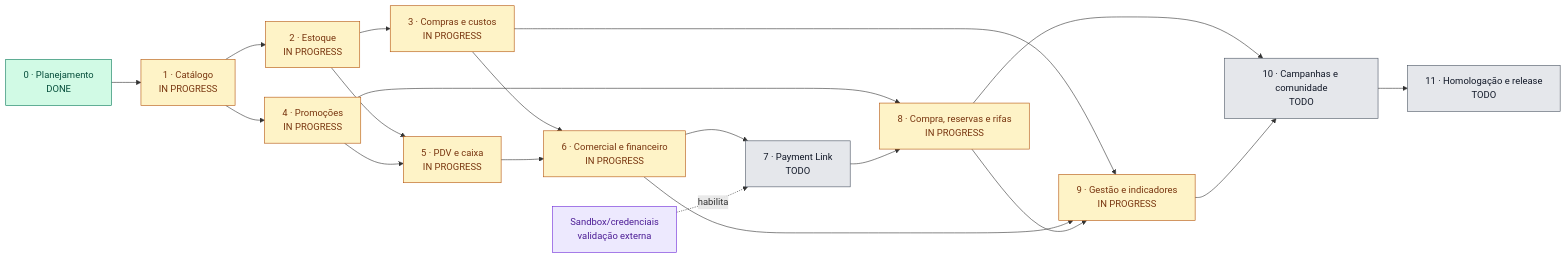
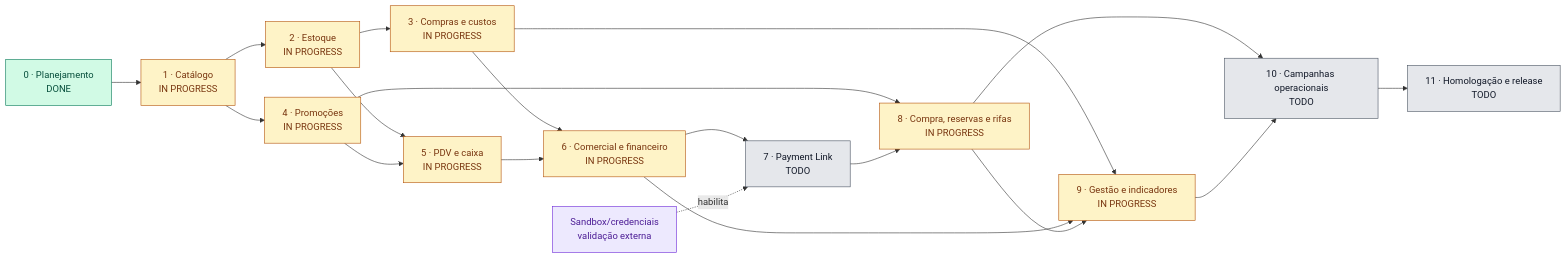
Before and after one commit to Germinatura/germinatura-platform: the diagram in docs/product/ROADMAP.md, drawn with Mermaid. The commit also changed other lines of this file and 3 other files, not shown here.

````diff
--- a/docs/product/ROADMAP.md
+++ b/docs/product/ROADMAP.md
@@ -21,30 +21,30 @@
 ```mermaid
 flowchart LR
     E0["0 · Planejamento<br/>DONE"] --> E1["1 · Catálogo<br/>IN PROGRESS"]
     E1 --> E2["2 · Estoque<br/>IN PROGRESS"]
     E1 --> E4["4 · Promoções<br/>IN PROGRESS"]
     E2 --> E3["3 · Compras e custos<br/>IN PROGRESS"]
     E2 --> E5["5 · PDV e caixa<br/>IN PROGRESS"]
     E4 --> E5
     E3 --> E6["6 · Comercial e financeiro<br/>IN PROGRESS"]
     E5 --> E6
     E6 --> E7["7 · Payment Link<br/>TODO"]
     E4 --> E8["8 · Compra, reservas e rifas<br/>IN PROGRESS"]
     E7 --> E8
     E3 --> E9["9 · Gestão e indicadores<br/>IN PROGRESS"]
     E6 --> E9
     E8 --> E9
-    E8 --> E10["10 · Campanhas e comunidade<br/>TODO"]
+    E8 --> E10["10 · Campanhas operacionais<br/>TODO"]
     E9 --> E10
     E10 --> E11["11 · Homologação e release<br/>TODO"]
     S["Sandbox/credenciais<br/>validação externa"] -. habilita .-> E7
 
     classDef done fill:#d1fae5,stroke:#047857,color:#064e3b;
     classDef progress fill:#fef3c7,stroke:#b45309,color:#78350f;
     classDef todo fill:#e5e7eb,stroke:#4b5563,color:#111827;
     classDef external fill:#ede9fe,stroke:#6d28d9,color:#4c1d95;
     class E0 done;
     class E1,E2,E3,E4,E5,E6,E8,E9 progress;
     class E7,E10,E11 todo;
     class S external;
 ```
````
